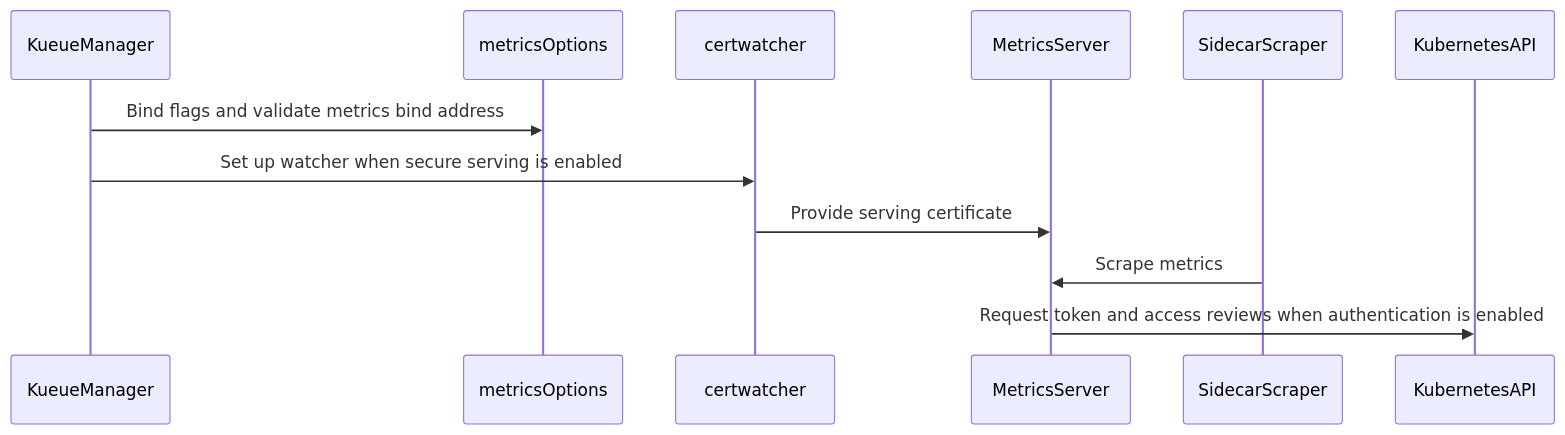
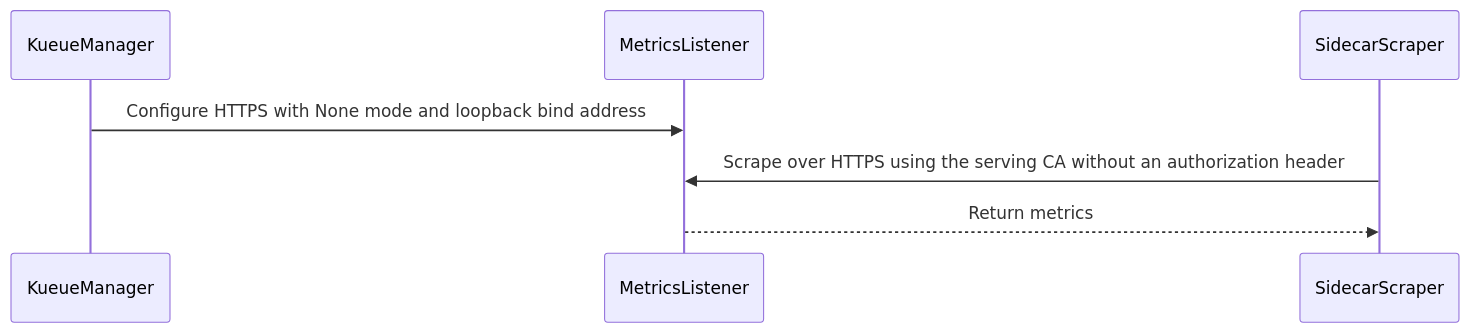
One commit to reruno/kueue-llm-wiki changed the diagram in raw/github/kubernetes-sigs__kueue/pr-16035.md. Above: the diagram before and after it, drawn with Mermaid. The commit also changed other lines of this file and 952 other files, not shown here.

Commit message:
[data-collection] 487 new,466 updated items from kubernetes-sigs/kueue, kueue@3bbb8cce4

````diff
--- a/raw/github/kubernetes-sigs__kueue/pr-16035.md
+++ b/raw/github/kubernetes-sigs__kueue/pr-16035.md
@@ -235,14 +287,9 @@
 ```mermaid
 sequenceDiagram
   participant KueueManager
-  participant metricsOptions
-  participant certwatcher
-  participant MetricsServer
+  participant MetricsListener
   participant SidecarScraper
-  participant KubernetesAPI
-  KueueManager->>metricsOptions: Bind flags and validate metrics bind address
-  KueueManager->>certwatcher: Set up watcher when secure serving is enabled
-  certwatcher->>MetricsServer: Provide serving certificate
-  SidecarScraper->>MetricsServer: Scrape metrics
-  MetricsServer->>KubernetesAPI: Request token and access reviews when authentication is enabled
+  KueueManager->>MetricsListener: Configure HTTPS with None mode and loopback bind address
+  SidecarScraper->>MetricsListener: Scrape over HTTPS using the serving CA without an authorization header
+  MetricsListener-->>SidecarScraper: Return metrics
 ```
````
